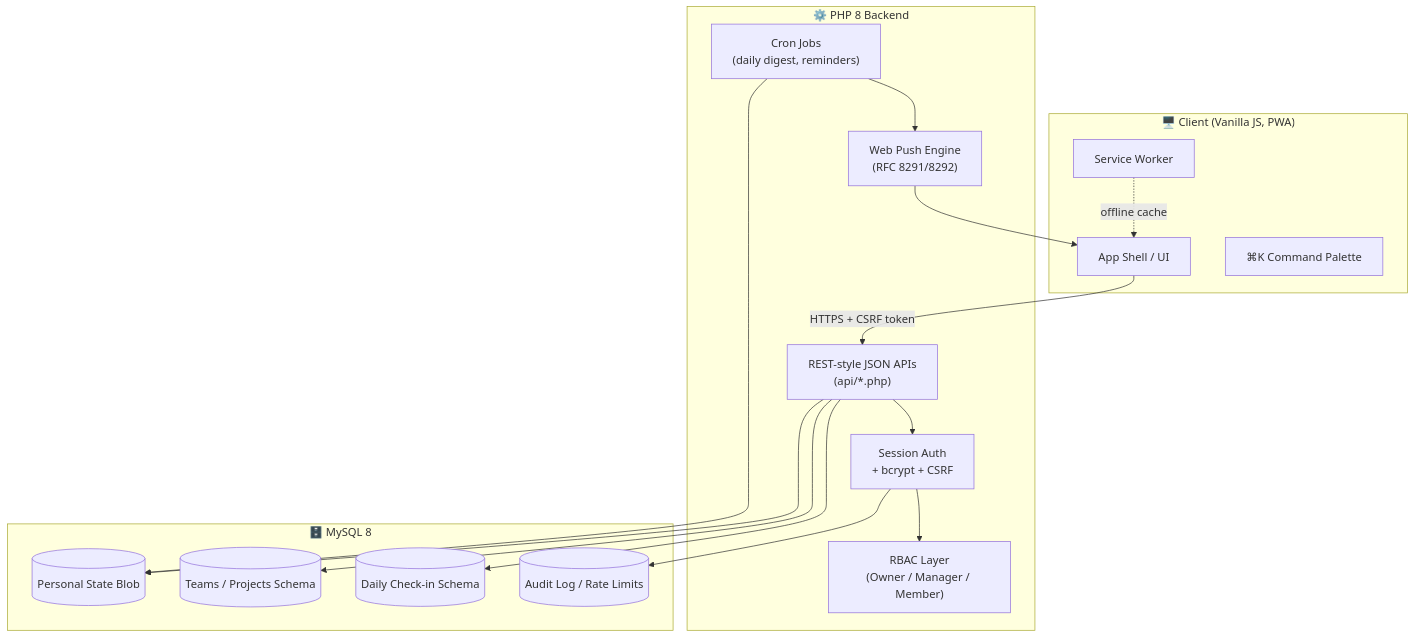
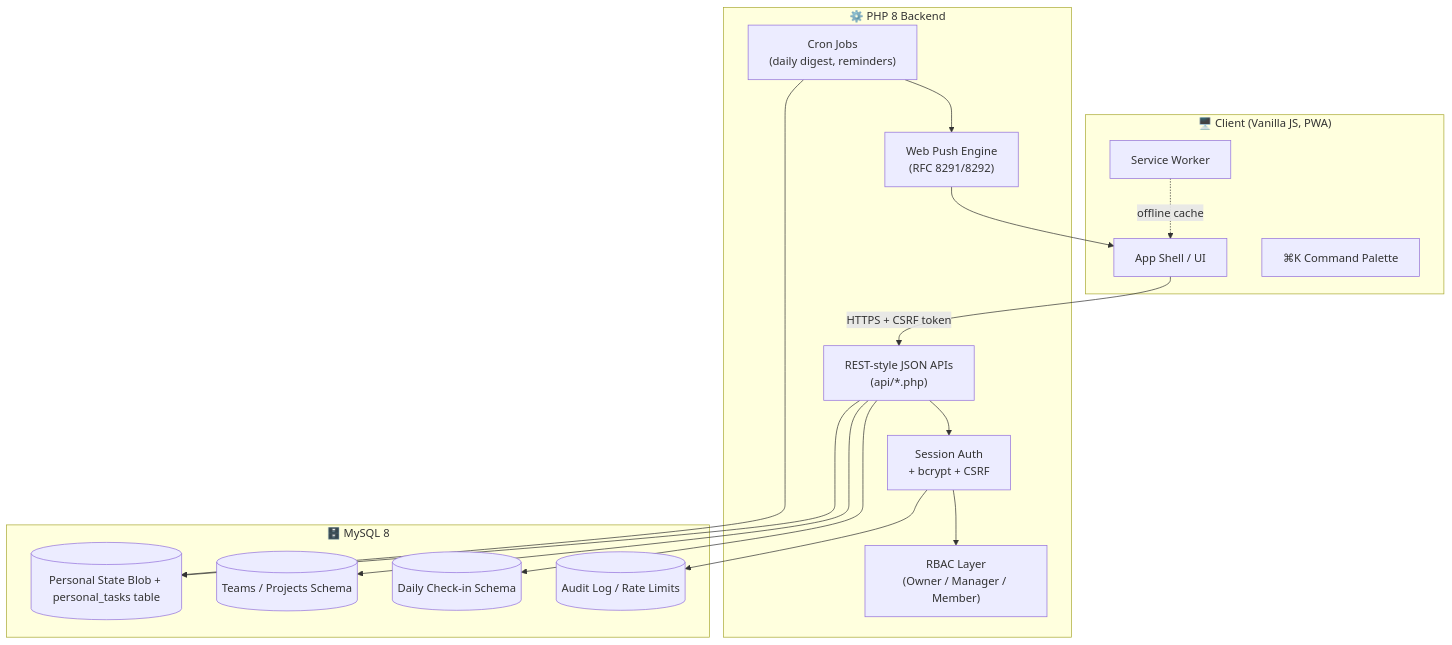
Before and after one commit to MinalKanth/taskvel-php: the diagram in README.md, drawn with Mermaid. The commit also changed other lines of this file, not shown here.

````diff
--- a/README.md
+++ b/README.md
@@ -321,34 +516,34 @@
 ```mermaid
 flowchart TB
     subgraph Client["🖥️ Client (Vanilla JS, PWA)"]
         UI[App Shell / UI]
         SW[Service Worker]
         CMD["⌘K Command Palette"]
     end
 
     subgraph Server["⚙️ PHP 8 Backend"]
         API["REST-style JSON APIs<br/>(api/*.php)"]
         AUTH["Session Auth<br/>+ bcrypt + CSRF"]
         RBAC["RBAC Layer<br/>(Owner / Manager / Member)"]
         PUSH["Web Push Engine<br/>(RFC 8291/8292)"]
         CRON["Cron Jobs<br/>(daily digest, reminders)"]
     end
 
     subgraph Data["🗄️ MySQL 8"]
-        PERSONAL[(Personal State Blob)]
+        PERSONAL[(Personal State Blob + personal_tasks table)]
         TEAMS[(Teams / Projects Schema)]
         CHECKIN[(Daily Check-in Schema)]
         SECURITY[(Audit Log / Rate Limits)]
     end
 
     UI -->|HTTPS + CSRF token| API
     SW -.->|offline cache| UI
     API --> AUTH --> RBAC
     API --> PERSONAL
     API --> TEAMS
     API --> CHECKIN
     AUTH --> SECURITY
     PUSH --> UI
     CRON --> PUSH
     CRON --> PERSONAL
 ```
````
